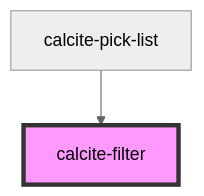
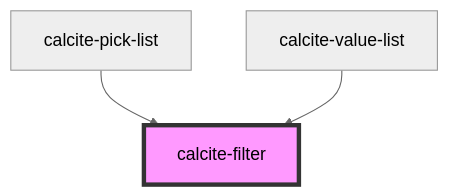
The diagram in src/components/calcite-filter/readme.md (Esri/calcite-app-components), drawn with Mermaid (neutral theme) before and after one commit. The commit also changed other lines of this file and 177 other files, not shown here.

````diff
--- a/src/components/calcite-filter/readme.md
+++ b/src/components/calcite-filter/readme.md
@@ -27,5 +28,6 @@
 ```mermaid
 graph TD;
   calcite-pick-list --> calcite-filter
+  calcite-value-list --> calcite-filter
   style calcite-filter fill:#f9f,stroke:#333,stroke-width:4px
 ```
````
